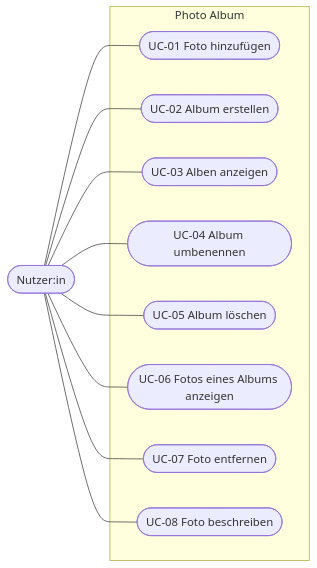
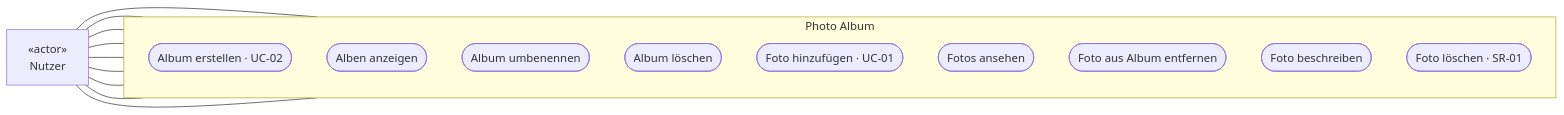
One commit to felix-henry/photo-album-projekt changed the second of 2 diagrams in REQUIREMENTS.md. Above: the diagram before and after it, drawn with Mermaid. The commit also changed other lines of this file and 2 other files, not shown here.

````diff
--- a/REQUIREMENTS.md
+++ b/REQUIREMENTS.md
@@ -48,22 +37,25 @@
 ```mermaid
 flowchart LR
-    N([Nutzer:in])
-    subgraph S [Photo Album]
-        UC1([UC-01 Foto hinzufügen])
-        UC2([UC-02 Album erstellen])
-        UC3([UC-03 Alben anzeigen])
-        UC4([UC-04 Album umbenennen])
-        UC5([UC-05 Album löschen])
-        UC6([UC-06 Fotos eines Albums anzeigen])
-        UC7([UC-07 Foto entfernen])
-        UC8([UC-08 Foto beschreiben])
+    U["«actor»<br/>Nutzer"]
+    subgraph S["Photo Album"]
+        direction TB
+        UC02(["Album erstellen · UC-02"])
+        AL(["Alben anzeigen"])
+        AU(["Album umbenennen"])
+        AD(["Album löschen"])
+        UC01(["Foto hinzufügen · UC-01"])
+        FA(["Fotos ansehen"])
+        FE(["Foto aus Album entfernen"])
+        FB(["Foto beschreiben"])
+        FL(["Foto löschen · SR-01"])
     end
-    N --- UC1
-    N --- UC2
-    N --- UC3
-    N --- UC4
-    N --- UC5
-    N --- UC6
-    N --- UC7
-    N --- UC8
+    U --- UC02
+    U --- AL
+    U --- AU
+    U --- AD
+    U --- UC01
+    U --- FA
+    U --- FE
+    U --- FB
+    U --- FL
 ```
````
